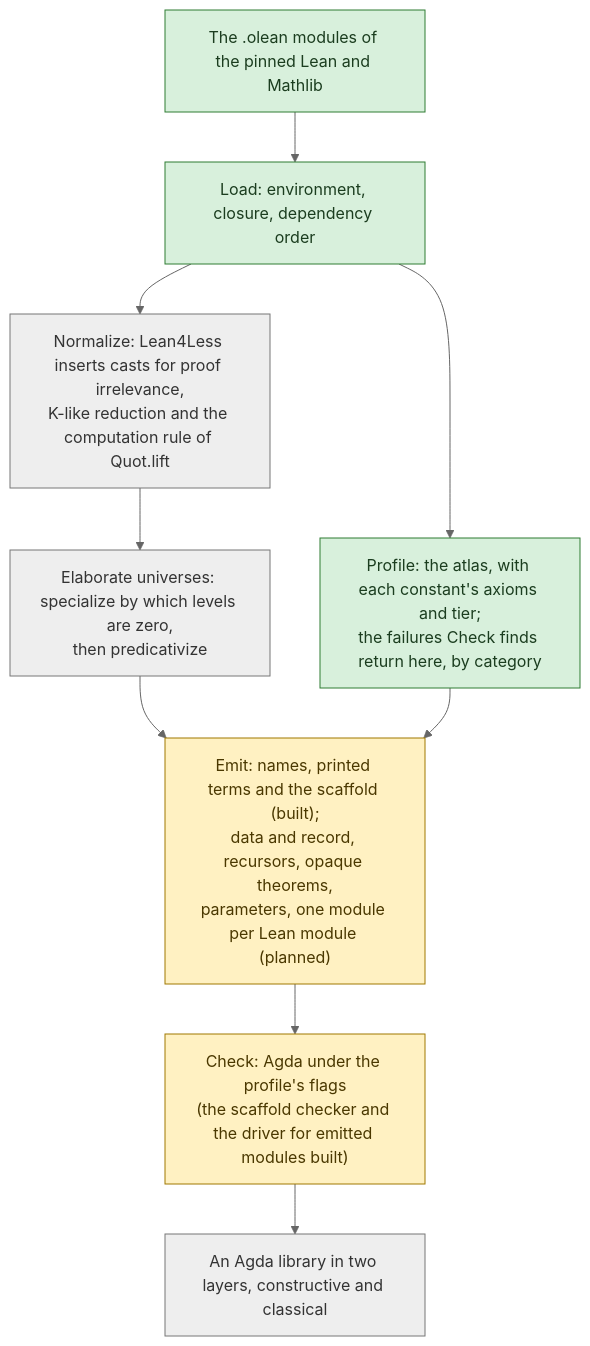
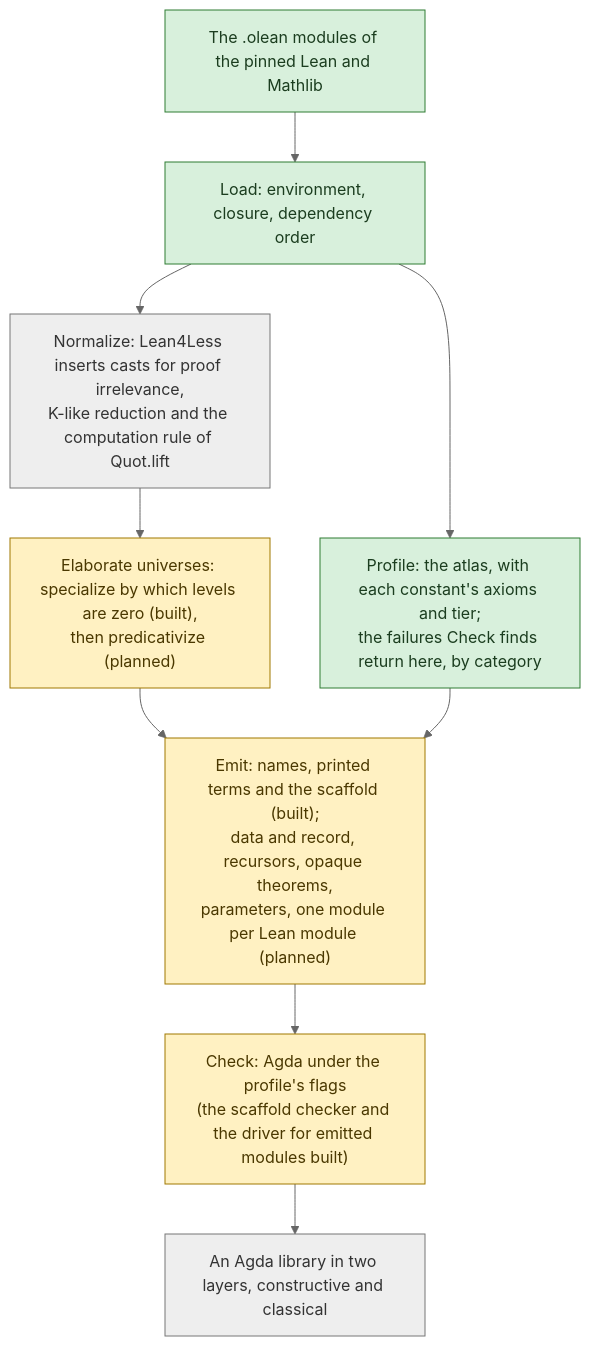
Before and after one commit to formalverification/lean2agda: the diagram in docs/architecture.md, drawn with Mermaid (neutral theme). The commit also changed other lines of this file and 14 other files, not shown here.

````diff
--- a/docs/architecture.md
+++ b/docs/architecture.md
@@ -76,17 +76,17 @@
 ```mermaid
 flowchart TB
   classDef built fill:#d8f0dc,stroke:#2e7d32,color:#1b3d1f
   classDef partial fill:#fff1c2,stroke:#a07800,color:#4a3800
   classDef planned fill:#eeeeee,stroke:#777777,color:#333333
   olean["The .olean modules of the pinned Lean and Mathlib"]:::built
   load["Load: environment, closure, dependency order"]:::built
   atlas["Profile: the atlas, with each constant's axioms and tier;<br/>the failures Check finds return here, by category"]:::built
   norm["Normalize: Lean4Less inserts casts for proof irrelevance,<br/>K-like reduction and the computation rule of Quot.lift"]:::planned
-  univ["Elaborate universes: specialize by which levels are zero,<br/>then predicativize"]:::planned
+  univ["Elaborate universes: specialize by which levels are zero (built),<br/>then predicativize (planned)"]:::partial
   emit["Emit: names, printed terms and the scaffold (built);<br/>data and record, recursors, opaque theorems,<br/>parameters, one module per Lean module (planned)"]:::partial
   check["Check: Agda under the profile's flags<br/>(the scaffold checker and the driver for emitted modules built)"]:::partial
   lib["An Agda library in two layers, constructive and classical"]:::planned
   olean --> load
   load --> norm --> univ --> emit --> check --> lib
   load --> atlas --> emit
 ```
````
